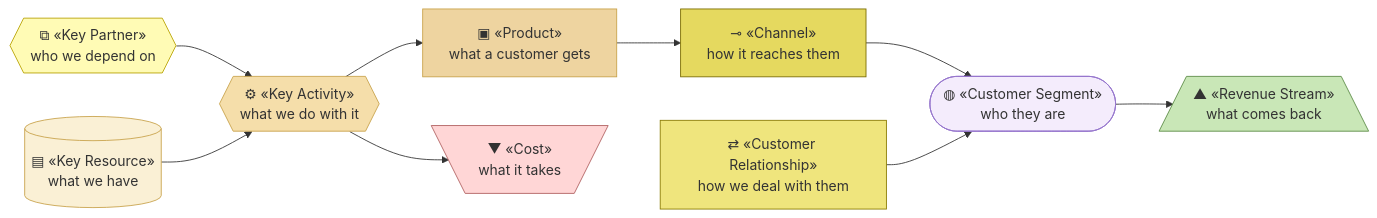
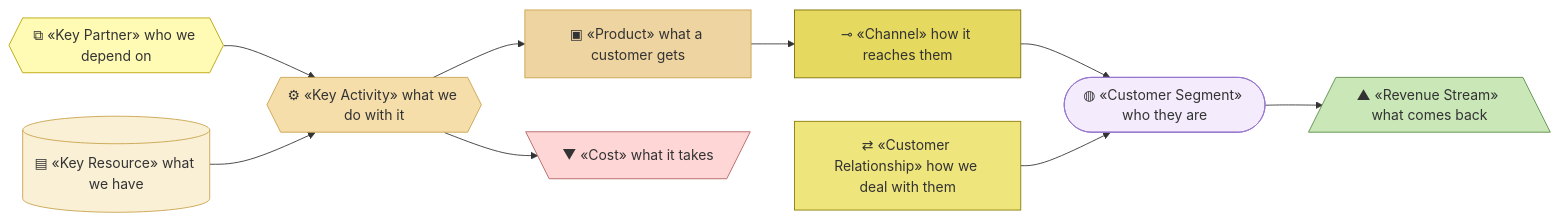
One commit to roanboc/architecture-archreator changed the first of 4 diagrams in org-archreator/architecture/0_business-design/2_business-model-canvas.md. Above: the diagram before and after it, drawn with Mermaid. The commit also changed other lines of this file and 38 other files, not shown here.

````diff
--- a/org-archreator/architecture/0_business-design/2_business-model-canvas.md
+++ b/org-archreator/architecture/0_business-design/2_business-model-canvas.md
@@ -23,31 +23,31 @@
 ```mermaid
 flowchart LR
-  kp{{"⧉ «Key Partner»<br>who we depend on"}}:::partner
-  kr[("▤ «Key Resource»<br>what we have")]:::resource
-  ka{{"⚙ «Key Activity»<br>what we do with it"}}:::activity
-  prod["▣ «Product»<br>what a customer gets"]:::product
-  ch["⊸ «Channel»<br>how it reaches them"]:::channel
-  cr["⇄ «Customer Relationship»<br>how we deal with them"]:::relationship
-  cs(["◍ «Customer Segment»<br>who they are"]):::segment
-  rs[/"▲ «Revenue Stream»<br>what comes back"\]:::revenue
-  cost[\"▼ «Cost»<br>what it takes"/]:::cost
+  kp{{"⧉ «Key Partner» who we depend on"}}:::partner
+  kr[("▤ «Key Resource» what we have")]:::resource
+  ka{{"⚙ «Key Activity» what we do with it"}}:::activity
+  prod["▣ «Product» what a customer gets"]:::product
+  ch["⊸ «Channel» how it reaches them"]:::channel
+  cr["⇄ «Customer Relationship» how we deal with them"]:::relationship
+  cs(["◍ «Customer Segment» who they are"]):::segment
+  rs[/"▲ «Revenue Stream» what comes back"\]:::revenue
+  cost[\"▼ «Cost» what it takes"/]:::cost
 
   kp --> ka
   kr --> ka
   ka --> prod
   prod --> ch
   ch --> cs
   cr --> cs
   cs --> rs
   ka --> cost
 
   classDef partner fill:#fffbb5,stroke:#b8a200,color:#333
   classDef resource fill:#faf0d5,stroke:#c8a24a,color:#333
   classDef activity fill:#f5deaa,stroke:#c8a24a,color:#333
   classDef product fill:#eed4a0,stroke:#c8a24a,color:#333
   classDef channel fill:#e5d95f,stroke:#7a6c00,color:#333
   classDef relationship fill:#efe57d,stroke:#8a7a00,color:#333
   classDef segment fill:#f4ecfc,stroke:#9575cd,color:#333
   classDef revenue fill:#c9e7b7,stroke:#5a8a45,color:#333
   classDef cost fill:#ffd6d6,stroke:#b06060,color:#333
 ```
````
